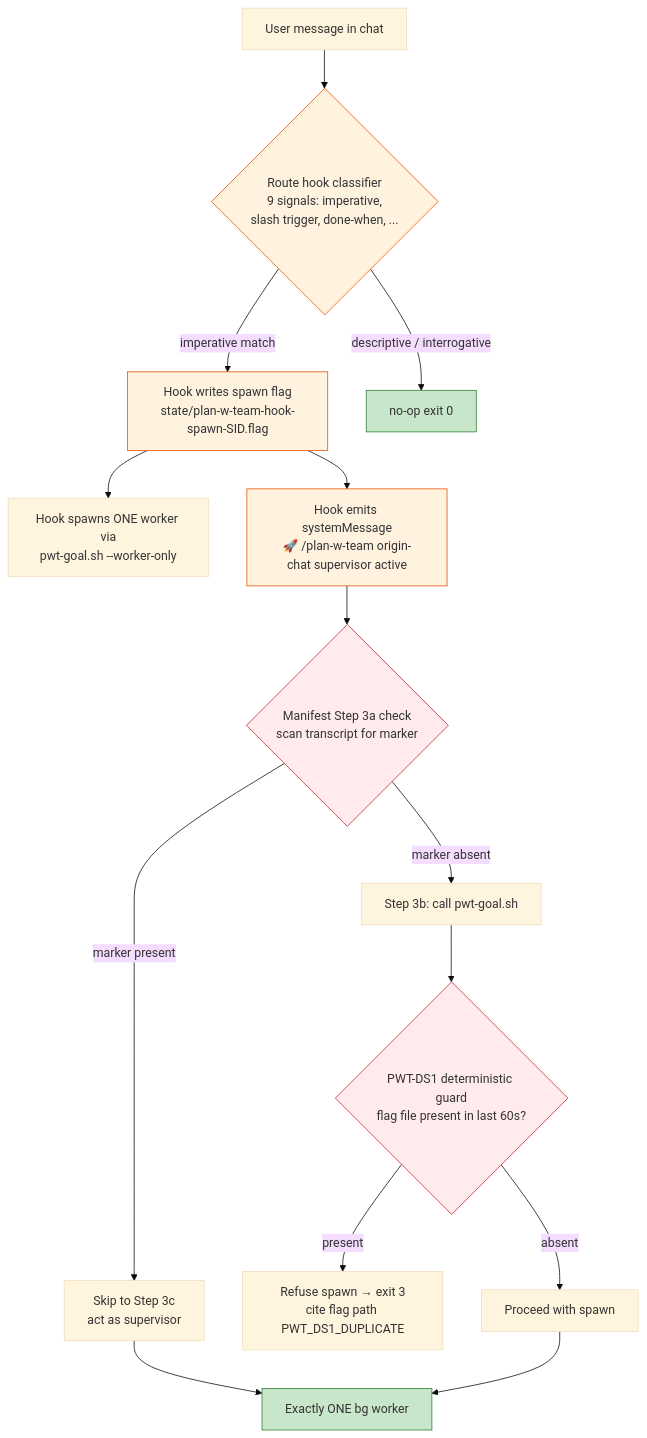
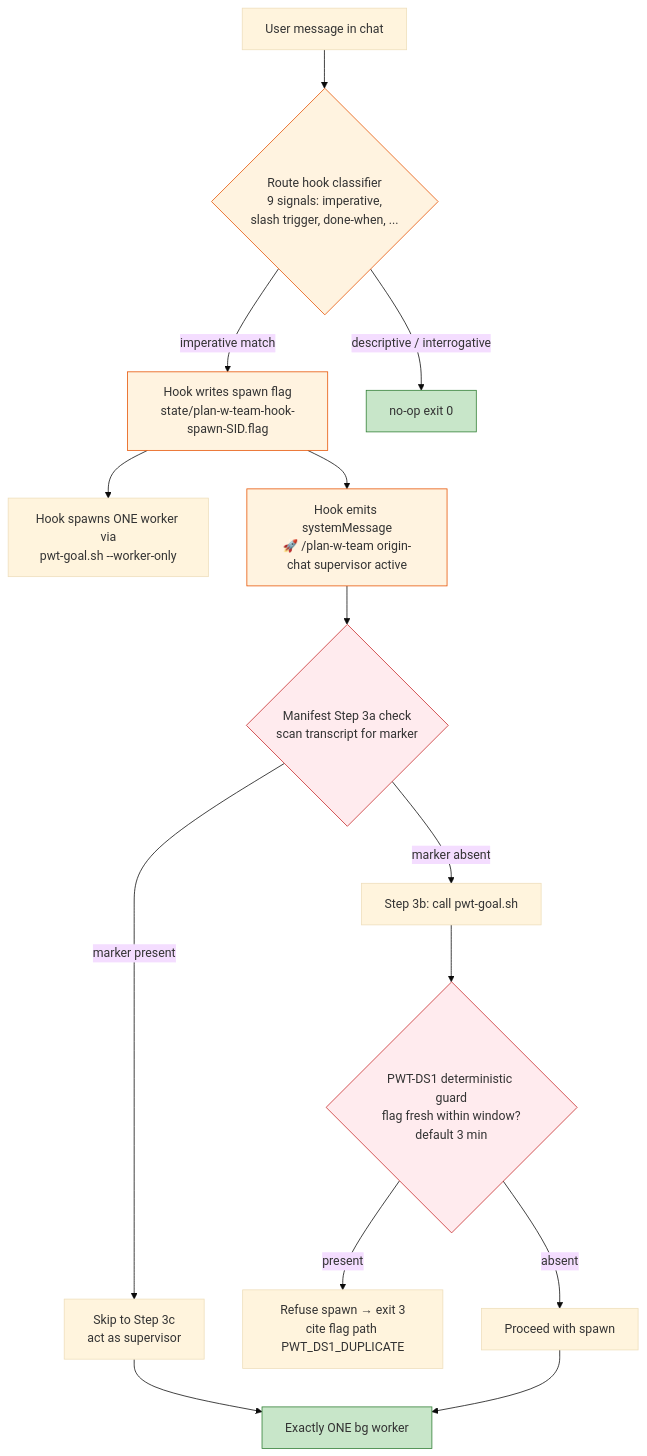
Before and after one commit to hivetechs-collective/gstack: the first of 3 diagrams in .claude/commands/plan-w-team.md, drawn with Mermaid (base theme). The commit also changed other lines of this file and 22 other files, not shown here.

````diff
--- a/.claude/commands/plan-w-team.md
+++ b/.claude/commands/plan-w-team.md
@@ -54,23 +54,23 @@
 ```mermaid
 flowchart TD
     A[User message in chat] --> B{Route hook classifier<br/>9 signals: imperative,<br/>slash trigger, done-when, ...}
     B -->|imperative match| C[Hook writes spawn flag<br/>state/plan-w-team-hook-spawn-SID.flag]
     B -->|descriptive / interrogative| Z[no-op exit 0]
     C --> D[Hook spawns ONE worker via<br/>pwt-goal.sh --worker-only]
     C --> E[Hook emits systemMessage<br/>🚀 /plan-w-team origin-chat supervisor active]
     E --> F{Manifest Step 3a check<br/>scan transcript for marker}
     F -->|marker present| G[Skip to Step 3c<br/>act as supervisor]
     F -->|marker absent| H[Step 3b: call pwt-goal.sh]
-    H --> I{PWT-DS1 deterministic guard<br/>flag file present in last 60s?}
+    H --> I{PWT-DS1 deterministic guard<br/>flag fresh within window?<br/>default 3 min}
     I -->|present| J[Refuse spawn → exit 3<br/>cite flag path PWT_DS1_DUPLICATE]
     I -->|absent| K[Proceed with spawn]
     G --> L[Exactly ONE bg worker]
     K --> L
 
     classDef hook fill:#fff3e0,stroke:#e65100
     classDef guard fill:#ffebee,stroke:#c62828
     classDef ok fill:#c8e6c9,stroke:#2e7d32
     class B,C,E hook
     class F,I guard
     class L,Z ok
 ```
````
